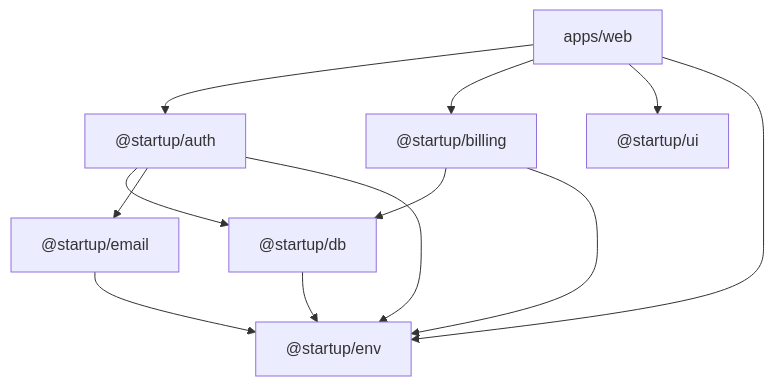
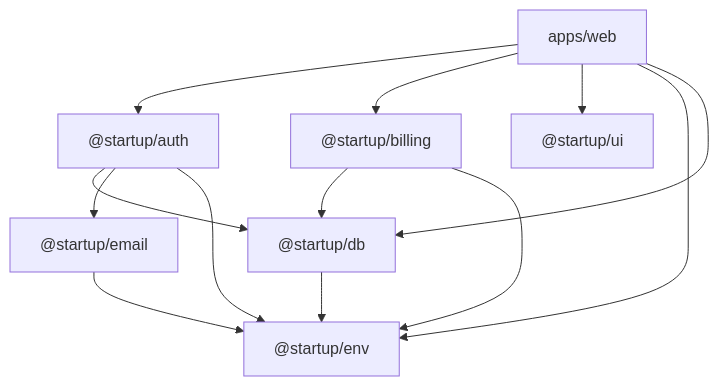
One commit to allen-padilla/startup-template changed the diagram in docs/architecture/package-boundaries.md. Above: the diagram before and after it, drawn with Mermaid. The commit also changed other lines of this file and 18 other files, not shown here.

````diff
--- a/docs/architecture/package-boundaries.md
+++ b/docs/architecture/package-boundaries.md
@@ -31,22 +31,23 @@
 ```mermaid
 flowchart TD
   web["apps/web"]
   auth["@startup/auth"]
   billing["@startup/billing"]
   ui["@startup/ui"]
   db["@startup/db"]
   email["@startup/email"]
   env["@startup/env"]
 
   web --> auth
   web --> billing
   web --> ui
   web --> env
+  web --> db
   auth --> db
   auth --> email
   auth --> env
   billing --> db
   billing --> env
   db --> env
   email --> env
 ```
````
